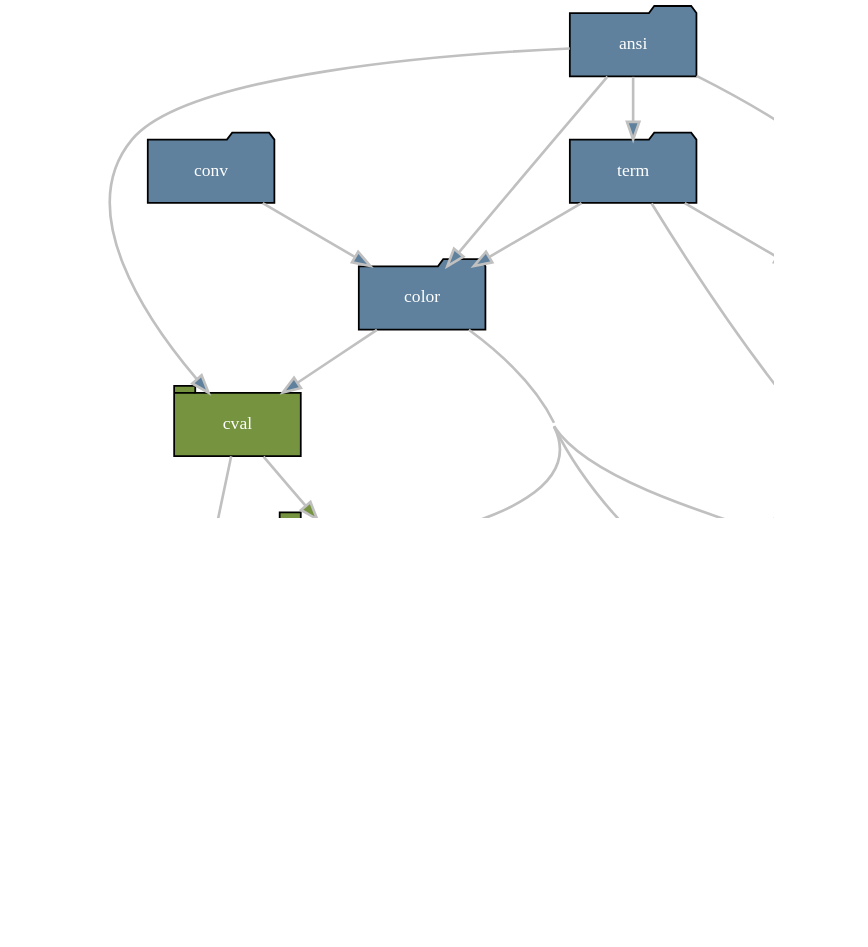
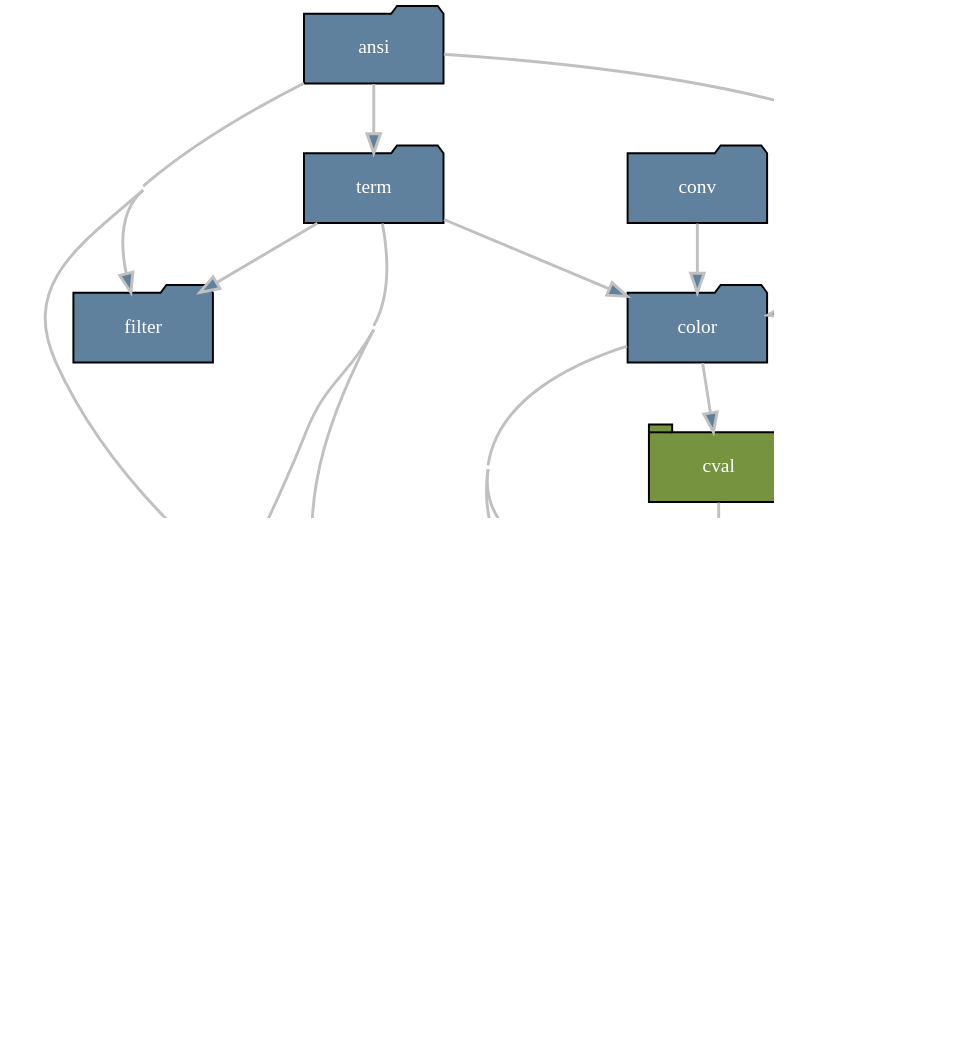
One commit to delameter/pytermor changed the diagram in docs/_generated/module-dark.dot. Above: the diagram before and after it, drawn with Graphviz. The commit also changed 29 other files, not shown here.

```diff
--- a/docs/_generated/module-dark.dot
+++ b/docs/_generated/module-dark.dot
@@ -1,60 +1,59 @@
 
 digraph G {
     dpi = 150;
     concentrate = true;
     rankdir = TB;
     #TBbalance = min;
     ratio=fill;
     size="4";
 
     node [
         style="filled",
         fontname="Literal Bold",
         margin="0.2,0.0",
         fontsize=10,
         width=1.0,
         height=.5,
     ];
     edge [
         color="#C0C0C0",
         penwidth=1.5,
     ];
 
     pytermor_ansi [shape="folder",group="low",fillcolor="#5f819d",fontcolor="#ffffff",label="ansi"];
     pytermor_color [shape="folder",group="low",fillcolor="#5f819d",fontcolor="#ffffff",label="color"];
     pytermor_conv [shape="folder",group="low",fillcolor="#5f819d",fontcolor="#ffffff",label="conv"];
     pytermor_cval [shape="tab",fillcolor="#769440",fontcolor="#ffffff",label="cval"];
     pytermor_filter [shape="folder",group="low",fillcolor="#5f819d",fontcolor="#ffffff",label="filter"];
     pytermor_numfmt [shape="tab",fillcolor="#769440",fontcolor="#ffffff",label="numfmt"];
     pytermor_renderer [shape="tab",fillcolor="#769440",fontcolor="#ffffff",label="☢️ renderer"];
     pytermor_style [shape="tab",fillcolor="#769440",fontcolor="#ffffff",label="☢️ style"];
     pytermor_template [shape="tab",fillcolor="#769440",fontcolor="#ffffff",label="template"];
     pytermor_term [shape="folder",group="low",fillcolor="#5f819d",fontcolor="#ffffff",label="term"];
     pytermor_text [shape="tab",fillcolor="#769440",fontcolor="#ffffff",label="☢️ text"];
     pytermor_ansi -> pytermor_color [fillcolor="#5f819d"];
     pytermor_ansi -> pytermor_cval [fillcolor="#5f819d"];
     pytermor_ansi -> pytermor_filter [fillcolor="#5f819d"];
     pytermor_ansi -> pytermor_renderer [fillcolor="#5f819d"];
     pytermor_ansi -> pytermor_template [fillcolor="#5f819d"];
     pytermor_ansi -> pytermor_term [fillcolor="#5f819d"];
     pytermor_color -> pytermor_cval [fillcolor="#5f819d"];
     pytermor_color -> pytermor_renderer [fillcolor="#5f819d"];
     pytermor_color -> pytermor_style [fillcolor="#5f819d"];
     pytermor_color -> pytermor_template [fillcolor="#5f819d"];
     pytermor_conv -> pytermor_color [fillcolor="#5f819d"];
     pytermor_cval -> pytermor_numfmt [fillcolor="#769440"];
     pytermor_cval -> pytermor_style [fillcolor="#769440"];
-    pytermor_filter -> pytermor_template [fillcolor="#5f819d"];
     pytermor_renderer -> pytermor_template [fillcolor="#769440"];
     pytermor_renderer -> pytermor_text [fillcolor="#769440"];
     pytermor_style -> pytermor_numfmt [fillcolor="#769440"];
     pytermor_style -> pytermor_renderer [fillcolor="#769440"];
     pytermor_style -> pytermor_template [fillcolor="#769440"];
     pytermor_style -> pytermor_text [fillcolor="#769440"];
     pytermor_term -> pytermor_color [fillcolor="#5f819d"];
     pytermor_term -> pytermor_filter [fillcolor="#5f819d"];
     pytermor_term -> pytermor_template [fillcolor="#5f819d"];
     pytermor_term -> pytermor_text [fillcolor="#5f819d"];
     pytermor_text -> pytermor_numfmt [fillcolor="#769440"];
     pytermor_text -> pytermor_template [fillcolor="#769440"];
 }
```
